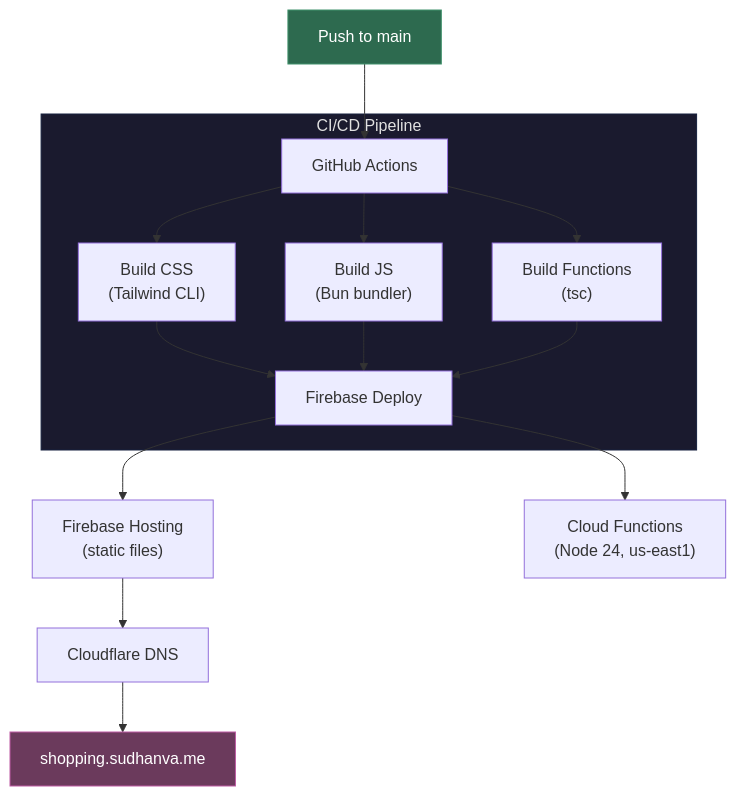
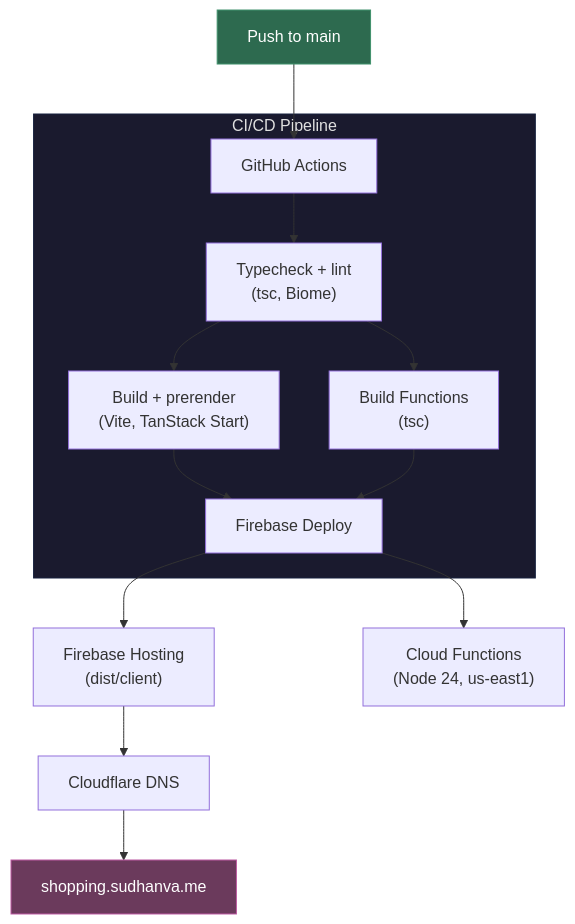
The sixth of 7 diagrams in README.md (nsudhanva/shopping), drawn with Mermaid before and after one commit. The commit also changed other lines of this file and 44 other files, not shown here.

````diff
--- a/README.md
+++ b/README.md
@@ -186,23 +171,22 @@
 ```mermaid
 flowchart TB
     Push["Push to main"] --> GHA["GitHub Actions"]
 
     subgraph Pipeline["CI/CD Pipeline"]
-        GHA --> BuildCSS["Build CSS<br/>(Tailwind CLI)"]
-        GHA --> BuildJS["Build JS<br/>(Bun bundler)"]
-        GHA --> BuildFn["Build Functions<br/>(tsc)"]
-        BuildCSS --> Deploy
-        BuildJS --> Deploy
+        GHA --> Check["Typecheck + lint<br/>(tsc, Biome)"]
+        Check --> BuildWeb["Build + prerender<br/>(Vite, TanStack Start)"]
+        Check --> BuildFn["Build Functions<br/>(tsc)"]
+        BuildWeb --> Deploy
         BuildFn --> Deploy
     end
 
-    Deploy["Firebase Deploy"] --> Hosting["Firebase Hosting<br/>(static files)"]
+    Deploy["Firebase Deploy"] --> Hosting["Firebase Hosting<br/>(dist/client)"]
     Deploy --> Functions["Cloud Functions<br/>(Node 24, us-east1)"]
 
     Hosting --> CF["Cloudflare DNS"]
     CF --> Domain["shopping.sudhanva.me"]
 
     style Push fill:#2d6a4f,stroke:#40916c,color:#fff
     style Pipeline fill:#1a1a2e,stroke:#16213e,color:#e0e0e0
     style Domain fill:#6b3a5c,stroke:#be5ba3,color:#fff
 ```
````
